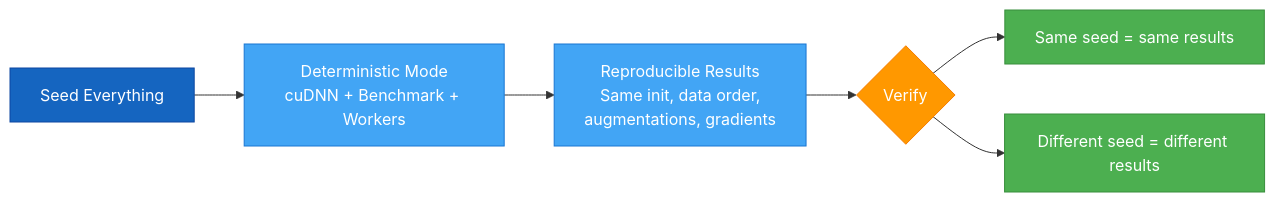
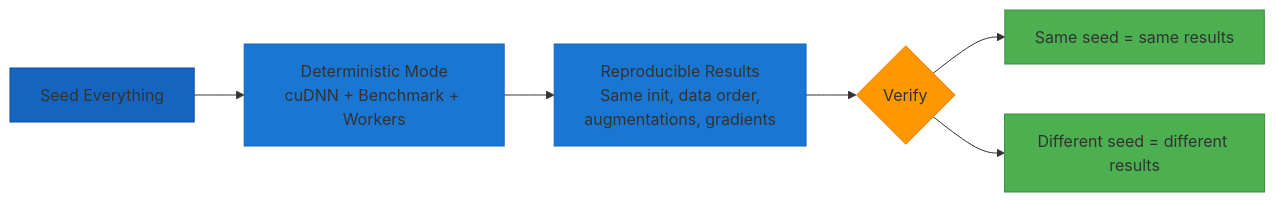
The second of 2 diagrams in docs/user-guide/guides/reproducibility.md (theja-vanka/AutoTimm), drawn with Mermaid before and after one commit. The commit also changed other lines of this file and 37 other files, not shown here.

````diff
--- a/docs/user-guide/guides/reproducibility.md
+++ b/docs/user-guide/guides/reproducibility.md
@@ -27,15 +27,15 @@
 ```mermaid
 graph LR
     A[Seed Everything] --> B[Deterministic Mode<br/>cuDNN + Benchmark + Workers]
     B --> C[Reproducible Results<br/>Same init, data order,<br/>augmentations, gradients]
     C --> D{Verify}
     D --> E1[Same seed = same results]
     D --> E2[Different seed = different results]
 
-    style A fill:#1565C0,stroke:#0D47A1,color:#fff
-    style B fill:#42A5F5,stroke:#1976D2,color:#fff
-    style C fill:#42A5F5,stroke:#1976D2,color:#fff
-    style D fill:#FF9800,stroke:#F57C00,color:#fff
-    style E1 fill:#4CAF50,stroke:#388E3C,color:#fff
-    style E2 fill:#4CAF50,stroke:#388E3C,color:#fff
+    style A fill:#1565C0,stroke:#0D47A1
+    style B fill:#1976D2,stroke:#1565C0
+    style C fill:#1976D2,stroke:#1565C0
+    style D fill:#FF9800,stroke:#F57C00
+    style E1 fill:#4CAF50,stroke:#388E3C
+    style E2 fill:#4CAF50,stroke:#388E3C
 ```
````
